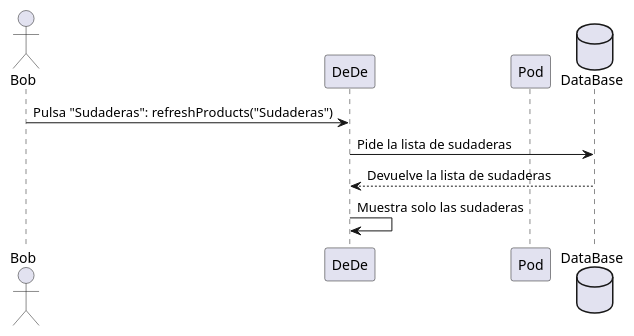
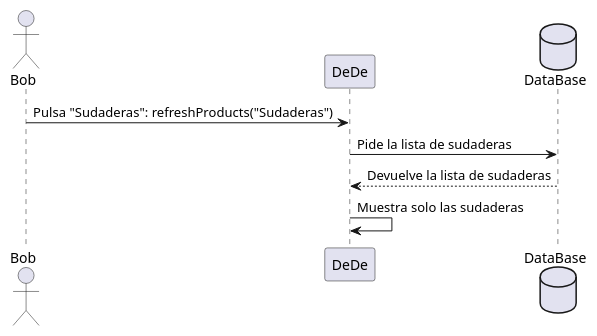
The second of 4 diagrams in docs/06_runtime_view.adoc (Arquisoft/dede_es6b), drawn with PlantUML before and after one commit. The commit also changed other lines of this file, not shown here.

```diff
--- a/docs/06_runtime_view.adoc
+++ b/docs/06_runtime_view.adoc
@@ -24,11 +24,10 @@
 [plantuml,"06_runtime_filtro",png]
 ----
 actor Bob
 participant DeDe
-participant Pod
 database DataBase as "DataBase"
 Bob -> DeDe: Pulsa "Sudaderas": refreshProducts("Sudaderas")
 DeDe-> DataBase: Pide la lista de sudaderas
 DataBase --> DeDe: Devuelve la lista de sudaderas
 DeDe-> DeDe: Muestra solo las sudaderas
 ----
```
